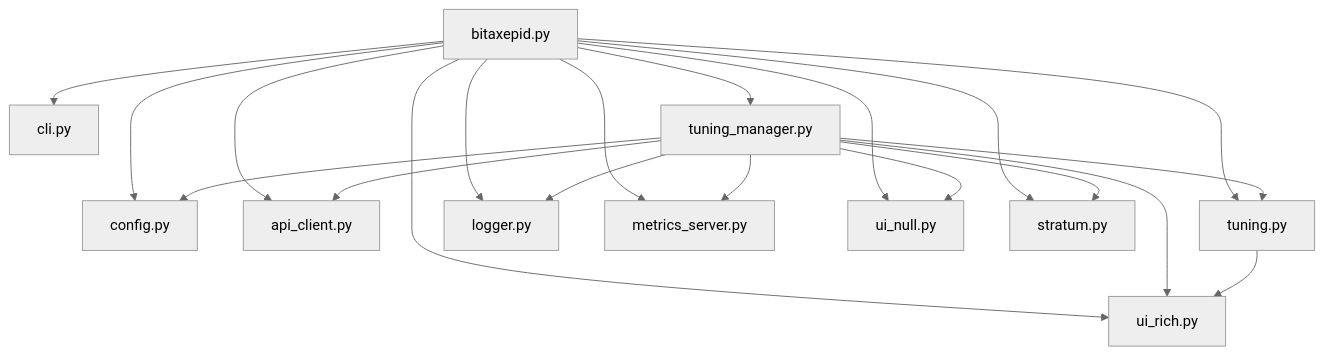
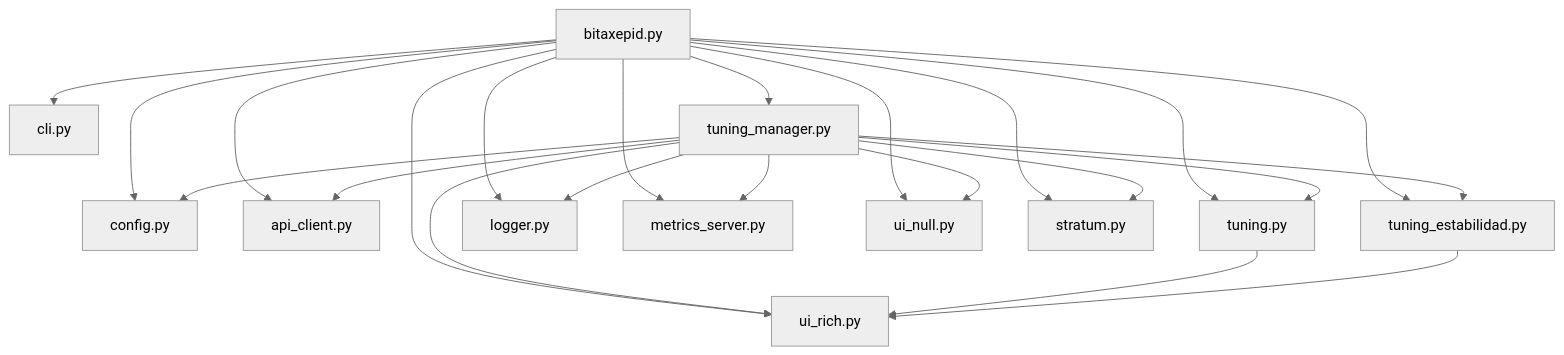
Before and after one commit to Gkasgd/BitaxeAutoTune: the diagram in README.md, drawn with Mermaid (neutral theme). The commit also changed other lines of this file and 5 other files, not shown here.

````diff
--- a/README.md
+++ b/README.md
@@ -348,22 +378,25 @@
 ```mermaid
 graph TD
     main[bitaxepid.py] --> cli[cli.py]
     main --> config[config.py]
     main --> api[api_client.py]
     main --> tuning[tuning.py]
+    main --> test[tuning_estabilidad.py]
     main --> tm[tuning_manager.py]
     main --> logger[logger.py]
     main --> metrics[metrics_server.py]
     main --> uirich[ui_rich.py]
     main --> uinull[ui_null.py]
     main --> stratum[stratum.py]
     tm --> api
     tm --> stratum
     tm --> logger
     tm --> metrics
     tm --> config
     tm --> tuning
+    tm --> test
     tm --> uirich
     tm --> uinull
     tuning --> uirich
+    test --> uirich
 ```
````
